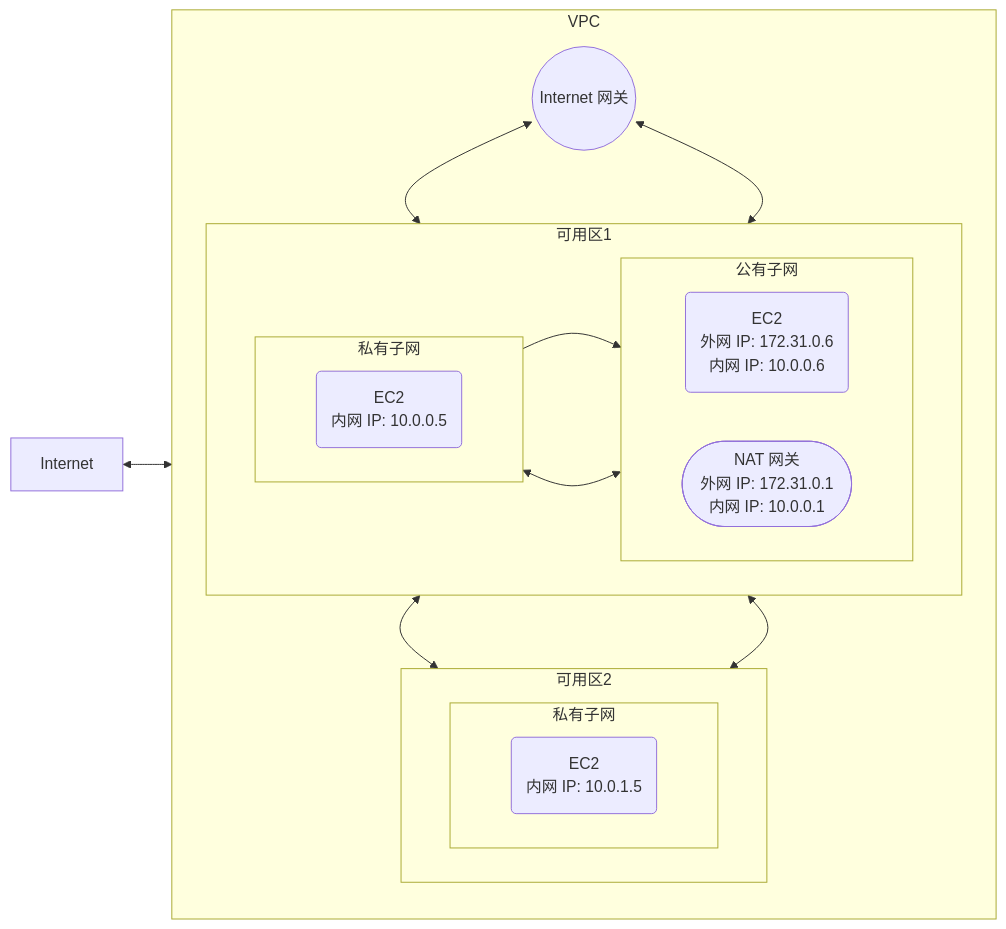
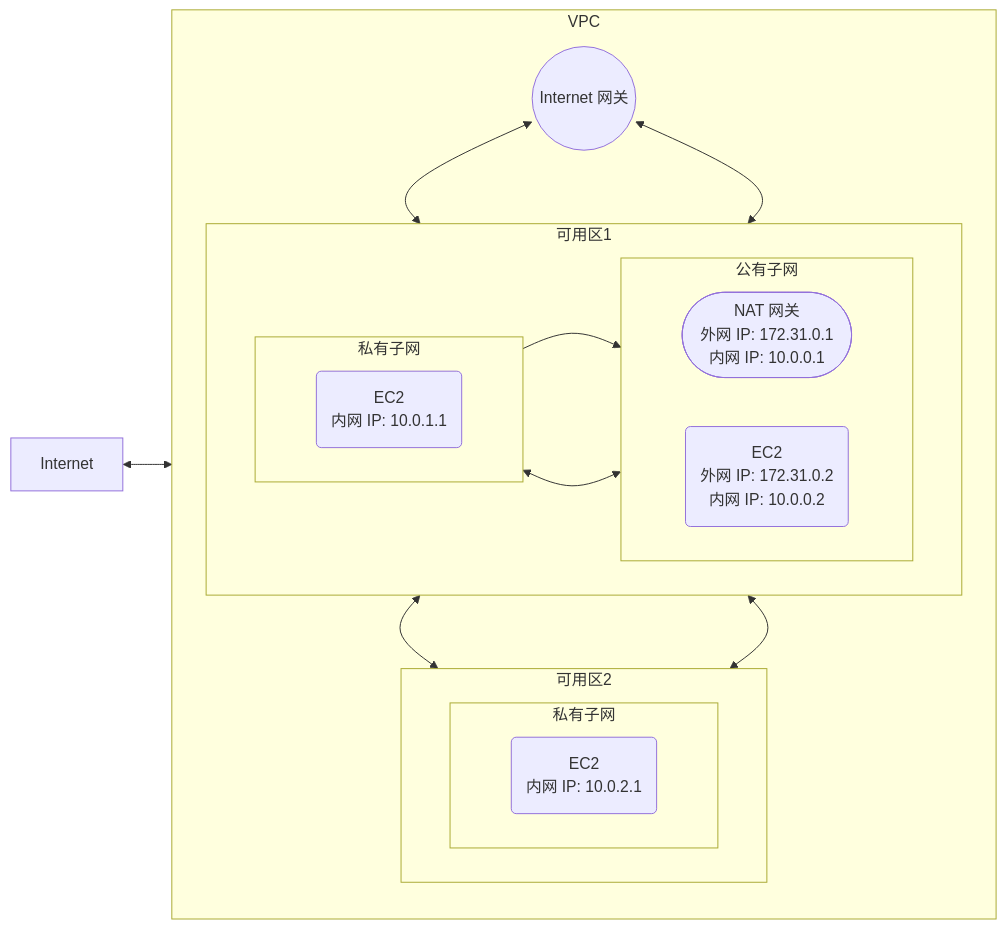
The fourth of 5 diagrams in 【AWS】VPC 系列（一）一文搞懂「可用区」「子网」「Internet 网关」「NAT 网关」.md (best-cloud/blog), drawn with Mermaid before and after one commit. The commit also changed other lines of this file, not shown here.

````diff
--- a/【AWS】VPC 系列（一）一文搞懂「可用区」「子网」「Internet 网关」「NAT 网关」.md
+++ b/【AWS】VPC 系列（一）一文搞懂「可用区」「子网」「Internet 网关」「NAT 网关」.md
@@ -170,35 +161,35 @@
 ```mermaid
 flowchart LR
     Internet
     subgraph VPC
         direction TB
         IGW((Internet 网关))
         subgraph AZ1 [可用区1]
             direction LR
             subgraph PubSub1 [公有子网]
                 direction LR
-                EC2-0(EC2\n外网 IP: 172.31.0.6\n内网 IP: 10.0.0.6)
                 NATG([NAT 网关\n外网 IP: 172.31.0.1\n内网 IP: 10.0.0.1])
+                EC2-0(EC2\n外网 IP: 172.31.0.2\n内网 IP: 10.0.0.2)
             end
             subgraph PriSub1 [私有子网]
                 direction LR
-                EC2-1(EC2\n内网 IP: 10.0.0.5)
+                EC2-1(EC2\n内网 IP: 10.0.1.1)
             end
         end
         subgraph AZ2 [可用区2]
             direction LR
             subgraph PriSub2 [私有子网]
                 direction LR
-                EC2-2(EC2\n内网 IP: 10.0.1.5)
+                EC2-2(EC2\n内网 IP: 10.0.2.1)
             end
         end
     end
 
     Internet <--> IGW
     IGW <--> EC2-0
     NATG <--> IGW
     EC2-1 --> NATG
     EC2-0 <--> EC2-1
     EC2-1 <--> EC2-2
     EC2-0 <--> EC2-2
 ```
````
